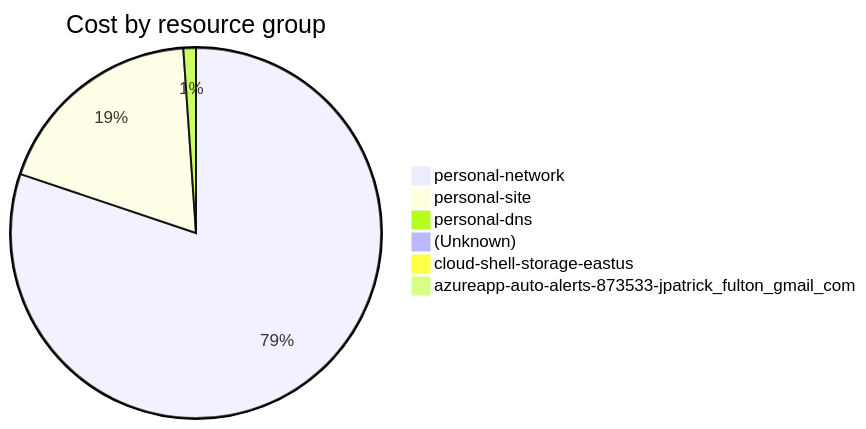
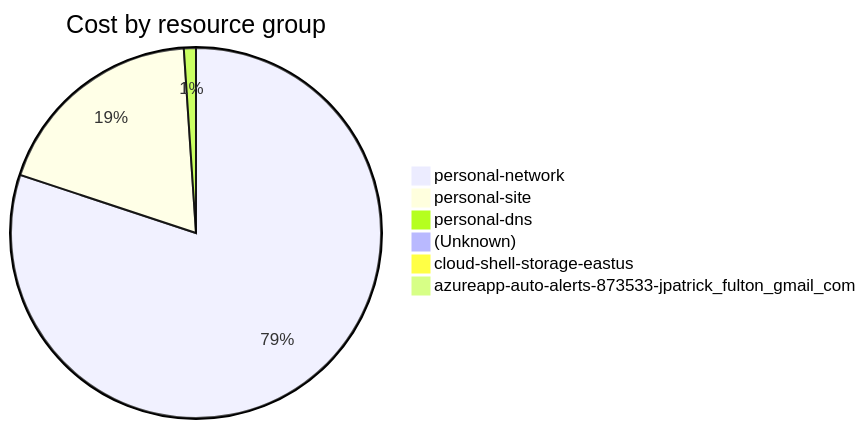
The fourth of 4 diagrams in cost-reports/accumulated-cost.md (jpfulton/azure-personal-reports), drawn with Mermaid before and after one commit. The commit also changed other lines of this file and 4 other files, not shown here.

````diff
--- a/cost-reports/accumulated-cost.md
+++ b/cost-reports/accumulated-cost.md
@@ -152,10 +152,10 @@
 ```mermaid
 pie
    title Cost by resource group
-   "personal-network" : 7.31
-   "personal-site" : 1.71
-   "personal-dns" : 0.10
-   "(Unknown)" : 0.07
-   "cloud-shell-storage-eastus" : 0.03
+   "personal-network" : 9.89
+   "personal-site" : 2.33
+   "personal-dns" : 0.13
+   "(Unknown)" : 0.10
+   "cloud-shell-storage-eastus" : 0.04
    "azureapp-auto-alerts-873533-jpatrick_fulton_gmail_com" : 0.00
 ```
````
